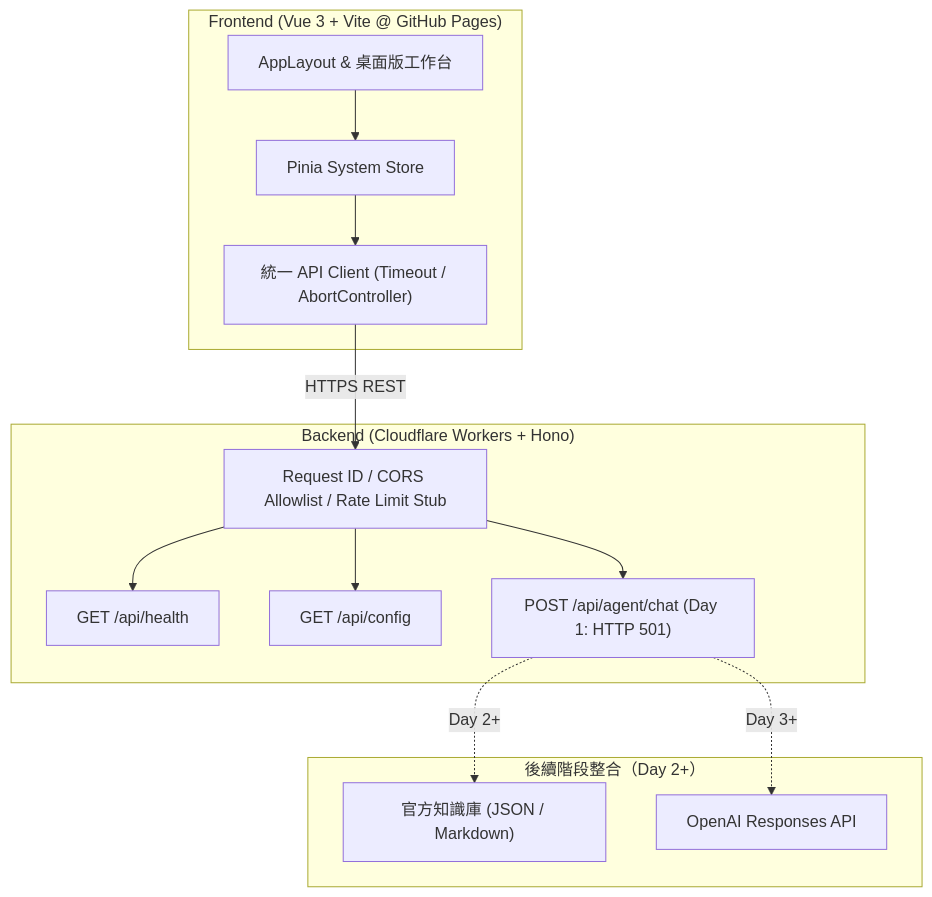
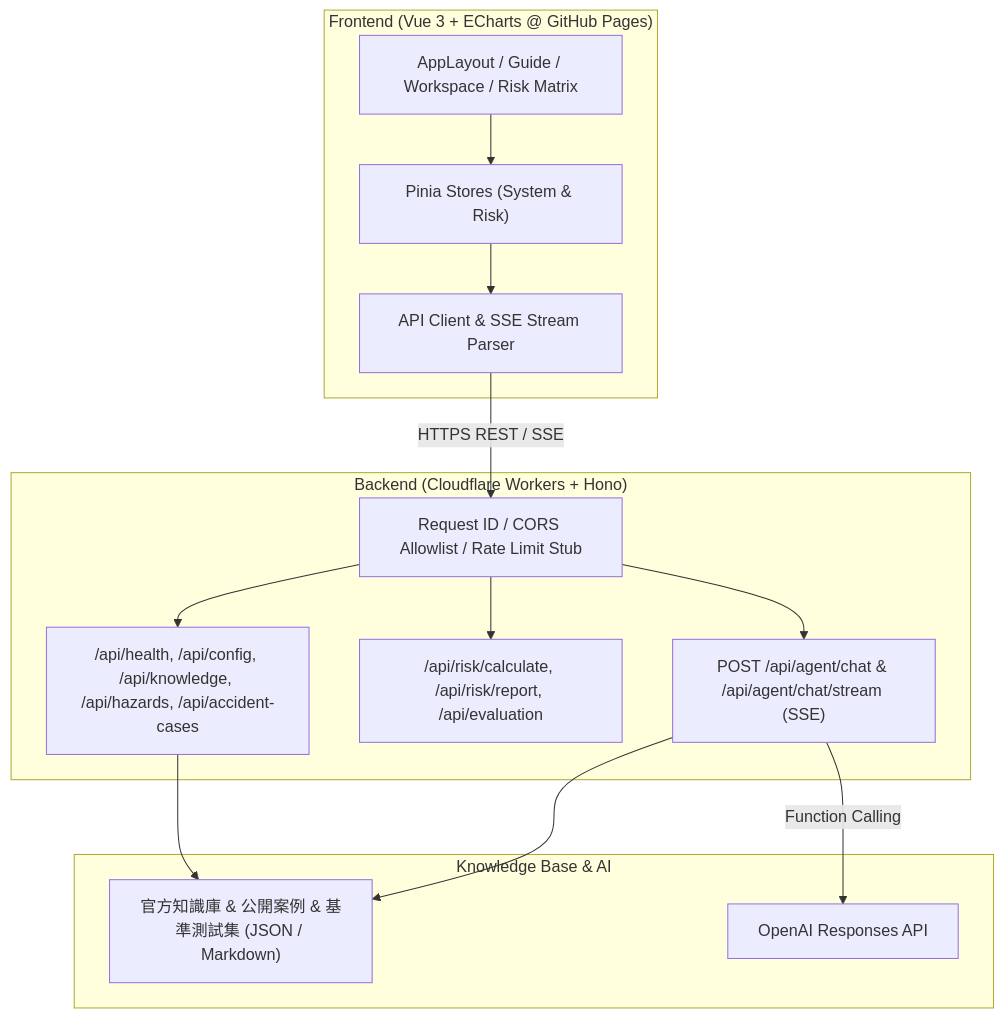
Before and after one commit to yang310667/safeagent: the diagram in README.md, drawn with Mermaid. The commit also changed other lines of this file and 10 other files, not shown here.

Commit message:
feat: complete Day 7 user guide page and final documentation wrap-up

````diff
--- a/README.md
+++ b/README.md
@@ -36,28 +37,29 @@
 ```mermaid
 flowchart TB
-  subgraph Client["Frontend (Vue 3 + Vite @ GitHub Pages)"]
-    UI["AppLayout & 桌面版工作台"]
-    Store["Pinia System Store"]
-    ApiClient["統一 API Client (Timeout / AbortController)"]
+  subgraph Client["Frontend (Vue 3 + ECharts @ GitHub Pages)"]
+    UI["AppLayout / Guide / Workspace / Risk Matrix"]
+    Store["Pinia Stores (System & Risk)"]
+    ApiClient["API Client & SSE Stream Parser"]
     UI --> Store --> ApiClient
   end
 
   subgraph Edge["Backend (Cloudflare Workers + Hono)"]
     MW["Request ID / CORS Allowlist / Rate Limit Stub"]
-    Health["GET /api/health"]
-    Config["GET /api/config"]
-    AgentRoute["POST /api/agent/chat (Day 1: HTTP 501)"]
-    MW --> Health
-    MW --> Config
+    CoreRoutes["/api/health, /api/config, /api/knowledge, /api/hazards, /api/accident-cases"]
+    RiskEval["/api/risk/calculate, /api/risk/report, /api/evaluation"]
+    AgentRoute["POST /api/agent/chat & /api/agent/chat/stream (SSE)"]
+    MW --> CoreRoutes
+    MW --> RiskEval
     MW --> AgentRoute
   end
 
-  subgraph Future["後續階段整合（Day 2+）"]
-    KB["官方知識庫 (JSON / Markdown)"]
+  subgraph DataAndAI["Knowledge Base & AI"]
+    KB["官方知識庫 & 公開案例 & 基準測試集 (JSON / Markdown)"]
     OpenAI["OpenAI Responses API"]
   end
 
-  ApiClient -->|HTTPS REST| MW
-  AgentRoute -.->|Day 3+| OpenAI
-  AgentRoute -.->|Day 2+| KB
+  ApiClient -->|HTTPS REST / SSE| MW
+  AgentRoute -->|Function Calling| OpenAI
+  CoreRoutes --> KB
+  AgentRoute --> KB
 ```
````
